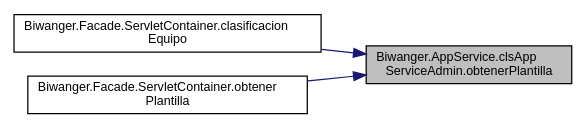
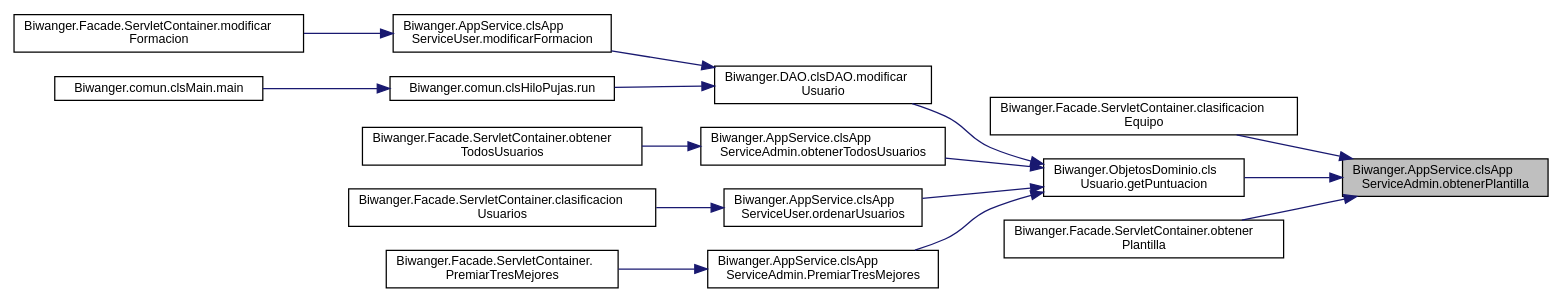
One commit to nagorecb/BiwangerServidor changed the diagram in docs/class_biwanger_1_1_app_service_1_1cls_app_service_admin_a7afcdff078b56c311f5f87faf3c085ff_icgraph.dot. Above: the diagram before and after it, drawn with Graphviz. The commit also changed 94 other files, not shown here.

```diff
--- a/docs/class_biwanger_1_1_app_service_1_1cls_app_service_admin_a7afcdff078b56c311f5f87faf3c085ff_icgraph.dot
+++ b/docs/class_biwanger_1_1_app_service_1_1cls_app_service_admin_a7afcdff078b56c311f5f87faf3c085ff_icgraph.dot
@@ -1,12 +1,36 @@
 digraph "Biwanger.AppService.clsAppServiceAdmin.obtenerPlantilla"
 {
  // LATEX_PDF_SIZE
   edge [fontname="Helvetica",fontsize="10",labelfontname="Helvetica",labelfontsize="10"];
   node [fontname="Helvetica",fontsize="10",shape=record];
   rankdir="RL";
   Node1 [label="Biwanger.AppService.clsApp\lServiceAdmin.obtenerPlantilla",height=0.2,width=0.4,color="black", fillcolor="grey75", style="filled", fontcolor="black",tooltip=" "];
   Node1 -> Node2 [dir="back",color="midnightblue",fontsize="10",style="solid",fontname="Helvetica"];
   Node2 [label="Biwanger.Facade.ServletContainer.clasificacion\lEquipo",height=0.2,width=0.4,color="black", fillcolor="white", style="filled",URL="$class_biwanger_1_1_facade_1_1_servlet_container.html#a3470c81aaf9329061104a66bf80bf779",tooltip=" "];
   Node1 -> Node3 [dir="back",color="midnightblue",fontsize="10",style="solid",fontname="Helvetica"];
-  Node3 [label="Biwanger.Facade.ServletContainer.obtener\lPlantilla",height=0.2,width=0.4,color="black", fillcolor="white", style="filled",URL="$class_biwanger_1_1_facade_1_1_servlet_container.html#a71569ae182cd377ec34d4b7391170ff9",tooltip=" "];
+  Node3 [label="Biwanger.ObjetosDominio.cls\lUsuario.getPuntuacion",height=0.2,width=0.4,color="black", fillcolor="white", style="filled",URL="$class_biwanger_1_1_objetos_dominio_1_1cls_usuario.html#a8043716fb0488b460818ea29e73410e6",tooltip=" "];
+  Node3 -> Node4 [dir="back",color="midnightblue",fontsize="10",style="solid",fontname="Helvetica"];
+  Node4 [label="Biwanger.DAO.clsDAO.modificar\lUsuario",height=0.2,width=0.4,color="black", fillcolor="white", style="filled",URL="$class_biwanger_1_1_d_a_o_1_1cls_d_a_o.html#a9023a1387d6ec5f85cdc4344bf54a557",tooltip=" "];
+  Node4 -> Node5 [dir="back",color="midnightblue",fontsize="10",style="solid",fontname="Helvetica"];
+  Node5 [label="Biwanger.AppService.clsApp\lServiceUser.modificarFormacion",height=0.2,width=0.4,color="black", fillcolor="white", style="filled",URL="$class_biwanger_1_1_app_service_1_1cls_app_service_user.html#a45ddc53a6dd70ce80584469e19be2399",tooltip=" "];
+  Node5 -> Node6 [dir="back",color="midnightblue",fontsize="10",style="solid",fontname="Helvetica"];
+  Node6 [label="Biwanger.Facade.ServletContainer.modificar\lFormacion",height=0.2,width=0.4,color="black", fillcolor="white", style="filled",URL="$class_biwanger_1_1_facade_1_1_servlet_container.html#a0bbfb12d162bb8805b0aa53179782cdb",tooltip=" "];
+  Node4 -> Node7 [dir="back",color="midnightblue",fontsize="10",style="solid",fontname="Helvetica"];
+  Node7 [label="Biwanger.comun.clsHiloPujas.run",height=0.2,width=0.4,color="black", fillcolor="white", style="filled",URL="$class_biwanger_1_1comun_1_1cls_hilo_pujas.html#a1081eef132d091c12bb08bf1eb2db1c1",tooltip=" "];
+  Node7 -> Node8 [dir="back",color="midnightblue",fontsize="10",style="solid",fontname="Helvetica"];
+  Node8 [label="Biwanger.comun.clsMain.main",height=0.2,width=0.4,color="black", fillcolor="white", style="filled",URL="$class_biwanger_1_1comun_1_1cls_main.html#a09e0032f856ff2123925717cef2db994",tooltip=" "];
+  Node3 -> Node9 [dir="back",color="midnightblue",fontsize="10",style="solid",fontname="Helvetica"];
+  Node9 [label="Biwanger.AppService.clsApp\lServiceAdmin.obtenerTodosUsuarios",height=0.2,width=0.4,color="black", fillcolor="white", style="filled",URL="$class_biwanger_1_1_app_service_1_1cls_app_service_admin.html#a67f15e33d0977f242cfa973f4b7eed5f",tooltip=" "];
+  Node9 -> Node10 [dir="back",color="midnightblue",fontsize="10",style="solid",fontname="Helvetica"];
+  Node10 [label="Biwanger.Facade.ServletContainer.obtener\lTodosUsuarios",height=0.2,width=0.4,color="black", fillcolor="white", style="filled",URL="$class_biwanger_1_1_facade_1_1_servlet_container.html#a6bda5929d72cf4e2012d67b20190ef02",tooltip=" "];
+  Node3 -> Node11 [dir="back",color="midnightblue",fontsize="10",style="solid",fontname="Helvetica"];
+  Node11 [label="Biwanger.AppService.clsApp\lServiceUser.ordenarUsuarios",height=0.2,width=0.4,color="black", fillcolor="white", style="filled",URL="$class_biwanger_1_1_app_service_1_1cls_app_service_user.html#a38521008bc663f48b1fe5d43d1065024",tooltip=" "];
+  Node11 -> Node12 [dir="back",color="midnightblue",fontsize="10",style="solid",fontname="Helvetica"];
+  Node12 [label="Biwanger.Facade.ServletContainer.clasificacion\lUsuarios",height=0.2,width=0.4,color="black", fillcolor="white", style="filled",URL="$class_biwanger_1_1_facade_1_1_servlet_container.html#a98a9d2c39fdc3f202df959454115d410",tooltip=" "];
+  Node3 -> Node13 [dir="back",color="midnightblue",fontsize="10",style="solid",fontname="Helvetica"];
+  Node13 [label="Biwanger.AppService.clsApp\lServiceAdmin.PremiarTresMejores",height=0.2,width=0.4,color="black", fillcolor="white", style="filled",URL="$class_biwanger_1_1_app_service_1_1cls_app_service_admin.html#a745d1a0c5ea706ffd97616cb4d2e0672",tooltip=" "];
+  Node13 -> Node14 [dir="back",color="midnightblue",fontsize="10",style="solid",fontname="Helvetica"];
+  Node14 [label="Biwanger.Facade.ServletContainer.\lPremiarTresMejores",height=0.2,width=0.4,color="black", fillcolor="white", style="filled",URL="$class_biwanger_1_1_facade_1_1_servlet_container.html#a8006bab79e1568517126c47868a90941",tooltip=" "];
+  Node1 -> Node15 [dir="back",color="midnightblue",fontsize="10",style="solid",fontname="Helvetica"];
+  Node15 [label="Biwanger.Facade.ServletContainer.obtener\lPlantilla",height=0.2,width=0.4,color="black", fillcolor="white", style="filled",URL="$class_biwanger_1_1_facade_1_1_servlet_container.html#a71569ae182cd377ec34d4b7391170ff9",tooltip=" "];
 }
```
